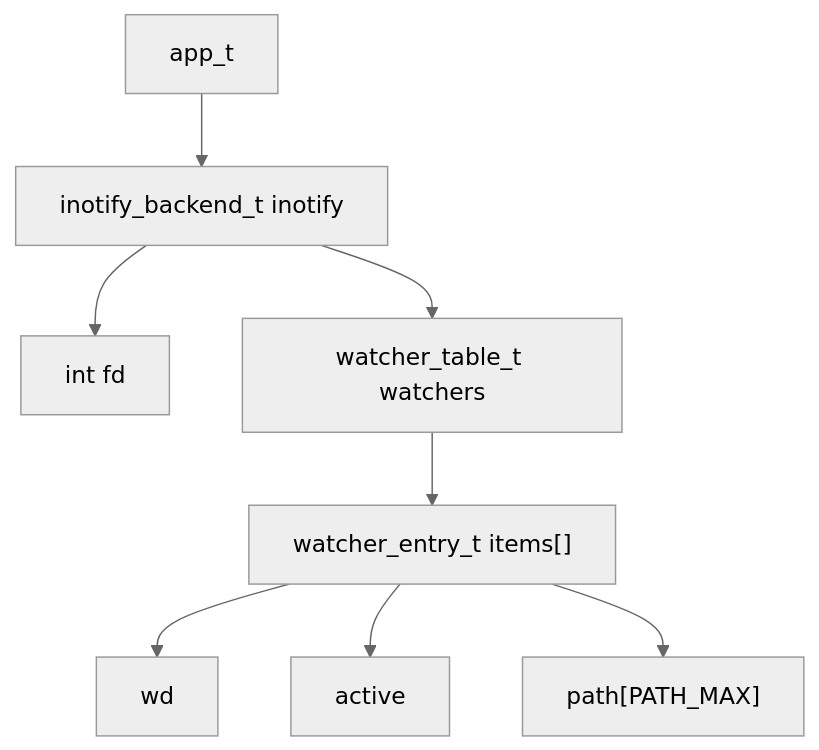
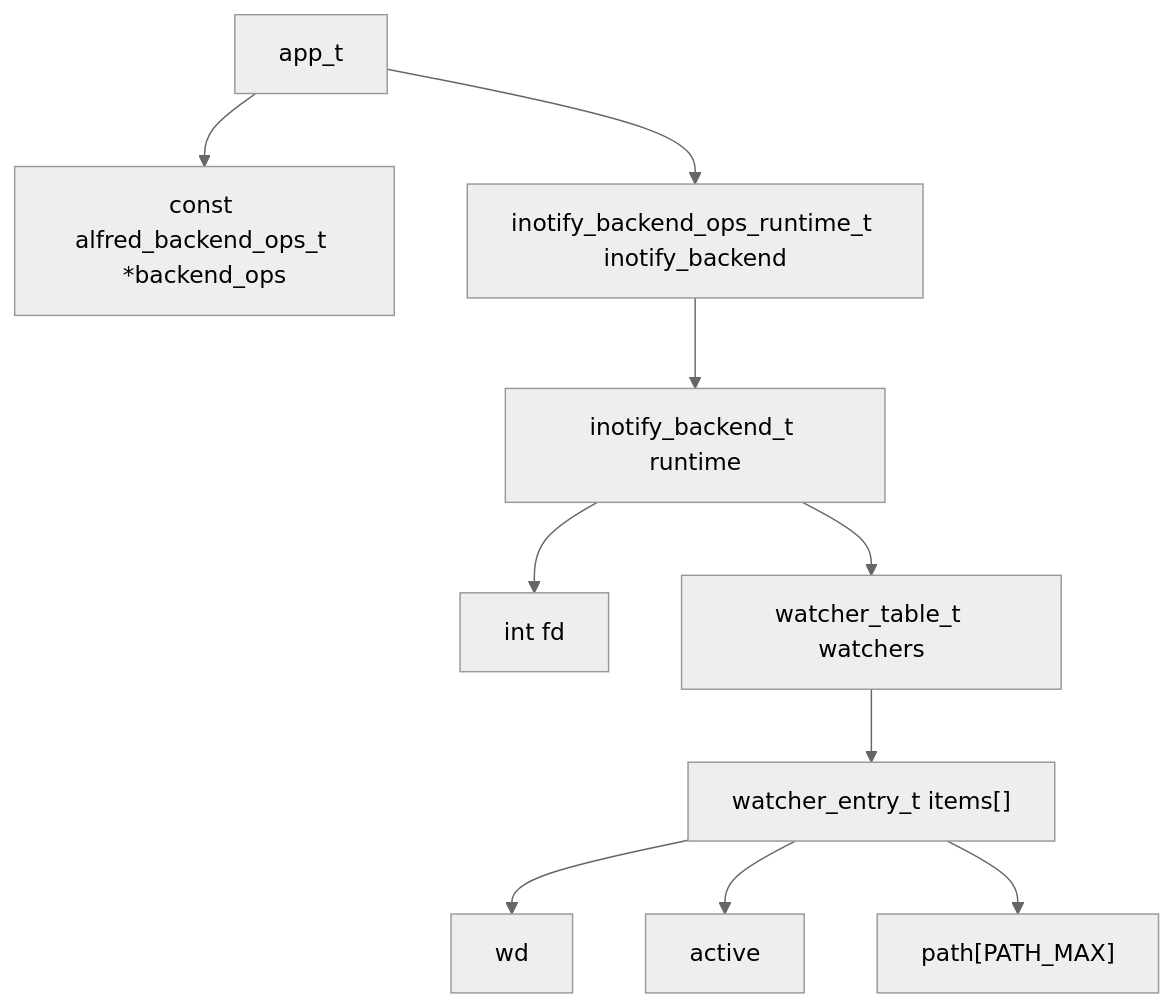
One commit to kinderp/alfred changed the sixth of 18 diagrams in docs/it/16-mappa-codice-e-strutture.md. Above: the diagram before and after it, drawn with Mermaid (neutral theme). The commit also changed other lines of this file and 5 other files, not shown here.

First line of the commit message:
Wire app lifecycle through inotify backend ops

````diff
--- a/docs/it/16-mappa-codice-e-strutture.md
+++ b/docs/it/16-mappa-codice-e-strutture.md
@@ -624,10 +624,12 @@
 ```mermaid
 flowchart TD
-    A["app_t"] --> B["inotify_backend_t inotify"]
-    B --> C["int fd"]
-    B --> D["watcher_table_t watchers"]
-    D --> E["watcher_entry_t items[]"]
-    E --> F["wd"]
-    E --> G["active"]
-    E --> H["path[PATH_MAX]"]
+    A["app_t"] --> B["const alfred_backend_ops_t *backend_ops"]
+    A --> C["inotify_backend_ops_runtime_t inotify_backend"]
+    C --> D["inotify_backend_t runtime"]
+    D --> E["int fd"]
+    D --> F["watcher_table_t watchers"]
+    F --> G["watcher_entry_t items[]"]
+    G --> H["wd"]
+    G --> I["active"]
+    G --> J["path[PATH_MAX]"]
 ```
````
